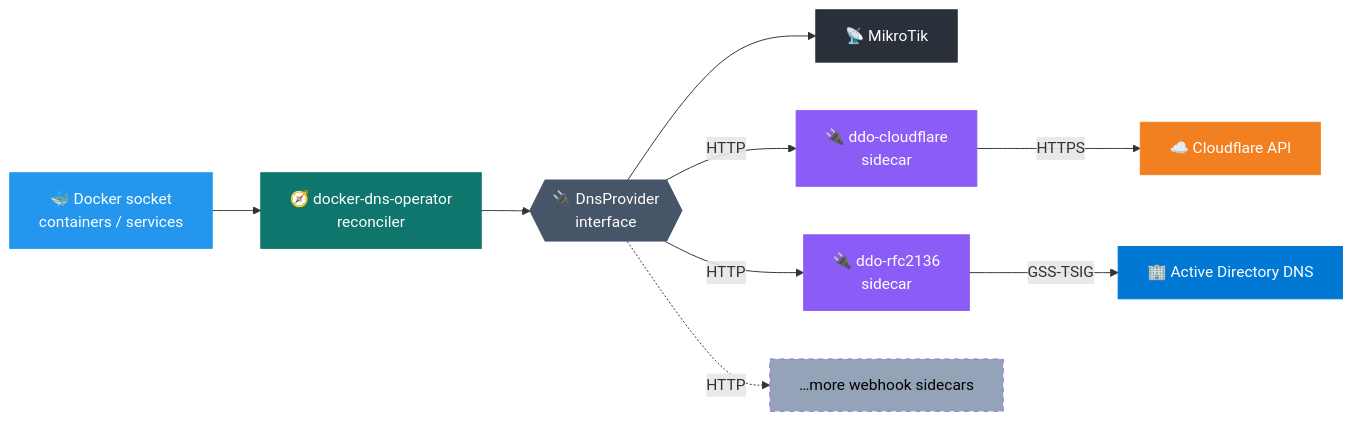
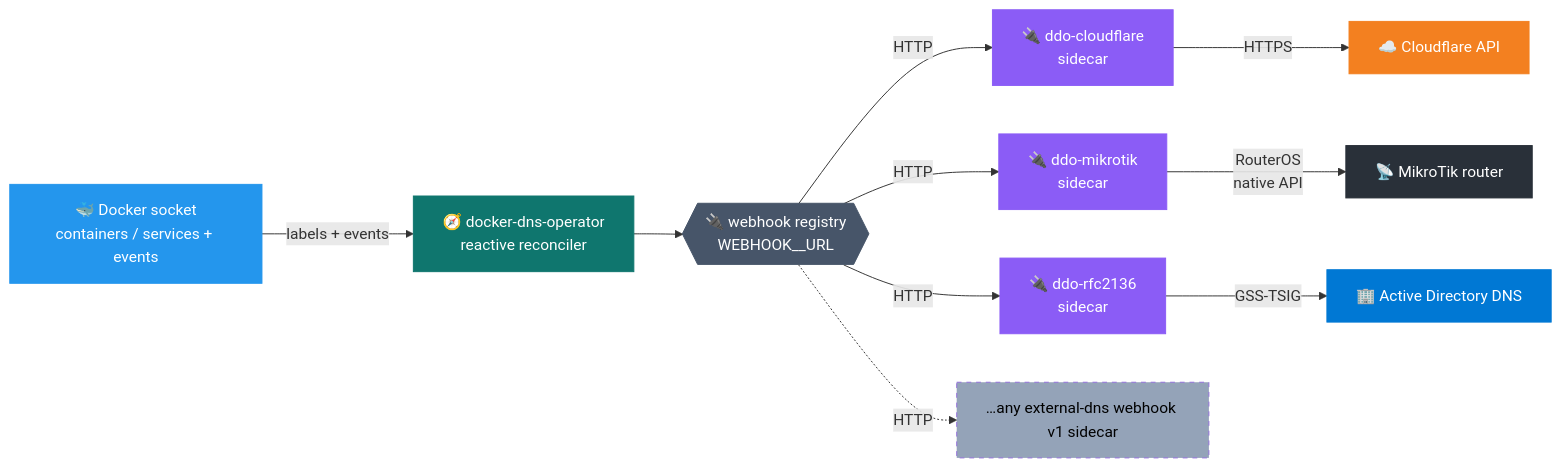
One commit to mrkhachaturov/docker-dns-operator changed the first of 2 diagrams in README.md. Above: the diagram before and after it, drawn with Mermaid. The commit also changed other lines of this file and 20 other files, not shown here.

First line of the commit message:
feat: reactive reconcile via Docker events + /healthz endpoint (v0.1.3)

````diff
--- a/README.md
+++ b/README.md
@@ -39,23 +40,25 @@
 ```mermaid
 graph LR
-    DK["🐳 Docker socket<br/>containers / services"] --> OP["🧭 docker-dns-operator<br/>reconciler"]
-    OP --> P{{"🔌 DnsProvider<br/>interface"}}
+    DK["🐳 Docker socket<br/>containers / services + events"] -->|labels + events| OP["🧭 docker-dns-operator<br/>reactive reconciler"]
+    OP --> WHR{{"🔌 webhook registry<br/>WEBHOOK_<NAME>_URL"}}
 
-    P --> MT["📡 MikroTik"]
-    P -->|HTTP| CFW["🔌 ddo-cloudflare<br/>sidecar"]
-    P -->|HTTP| RFW["🔌 ddo-rfc2136<br/>sidecar"]
-    P -.->|HTTP| WHN["…more webhook sidecars"]
+    WHR -->|HTTP| CFW["🔌 ddo-cloudflare<br/>sidecar"]
+    WHR -->|HTTP| MTW["🔌 ddo-mikrotik<br/>sidecar"]
+    WHR -->|HTTP| RFW["🔌 ddo-rfc2136<br/>sidecar"]
+    WHR -.->|HTTP| WHN["…any external-dns webhook v1 sidecar"]
 
     CFW -->|HTTPS| CF["☁️ Cloudflare API"]
+    MTW -->|RouterOS<br/>native API| MT["📡 MikroTik router"]
     RFW -->|GSS-TSIG| AD["🏢 Active Directory DNS"]
 
     style DK fill:#2496ed,color:#fff,stroke:#2496ed
     style OP fill:#0f766e,color:#fff,stroke:#0f766e
-    style P fill:#475569,color:#fff,stroke:#475569
+    style WHR fill:#475569,color:#fff,stroke:#475569
     style CF fill:#f38020,color:#fff,stroke:#f38020
     style CFW fill:#8b5cf6,color:#fff,stroke:#8b5cf6
+    style MTW fill:#8b5cf6,color:#fff,stroke:#8b5cf6
     style MT fill:#293039,color:#fff,stroke:#293039
     style RFW fill:#8b5cf6,color:#fff,stroke:#8b5cf6
     style AD fill:#0078d4,color:#fff,stroke:#0078d4
     style WHN fill:#94a3b8,color:#000,stroke-dasharray: 5 5
 ```
````
